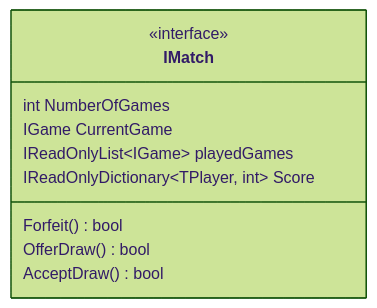
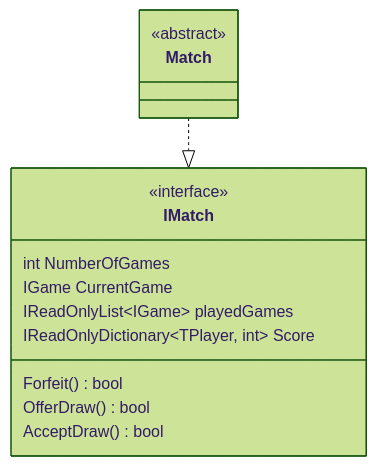
One commit to JeanLColombo/Mate changed the diagram in docs/UML/Core/Match.md. Above: the diagram before and after it, drawn with Mermaid (forest theme). The commit also changed 5 other files, not shown here.

Commit message:
IMatch and Match classes and files created

````diff
--- a/docs/UML/Core/Match.md
+++ b/docs/UML/Core/Match.md
@@ -6,13 +6,17 @@
 ```mermaid
     classDiagram
     class IMatch{
         <<interface>>
         int NumberOfGames
         IGame CurrentGame
         IReadOnlyList~IGame~ playedGames
         IReadOnlyDictionary~TPlayer, int~ Score 
         Forfeit() bool
         OfferDraw() bool
         AcceptDraw() bool
     }
+    class Match{
+        <<abstract>>
+    }
+    Match ..|> IMatch
 ```
````
